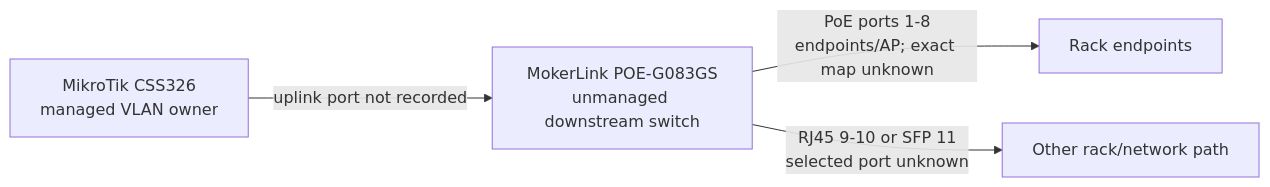
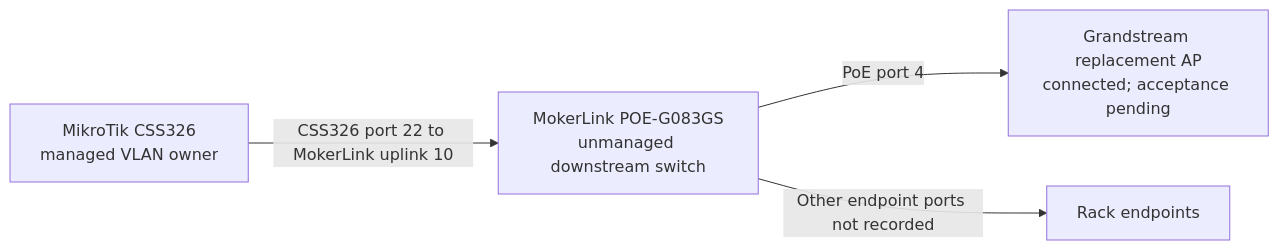
One commit to d0ntblink/owl.red changed the diagram in docs/decisions/023-mokerlink-poe-rack-switch.md. Above: the diagram before and after it, drawn with Mermaid. The commit also changed other lines of this file and 50 other files, not shown here.

````diff
--- a/docs/decisions/023-mokerlink-poe-rack-switch.md
+++ b/docs/decisions/023-mokerlink-poe-rack-switch.md
@@ -68,6 +70,6 @@
 ```mermaid
 flowchart LR
-    Core[MikroTik CSS326\nmanaged VLAN owner] -->|uplink port not recorded| Rack[MokerLink POE-G083GS\nunmanaged downstream switch]
-    Rack -->|PoE ports 1-8\nendpoints/AP; exact map unknown| Endpoints[Rack endpoints]
-    Rack -->|RJ45 9-10 or SFP 11\nselected port unknown| Other[Other rack/network path]
+    Core[MikroTik CSS326\nmanaged VLAN owner] -->|CSS326 port 22 to MokerLink uplink 10| Rack[MokerLink POE-G083GS\nunmanaged downstream switch]
+    Rack -->|PoE port 4| AP[Grandstream replacement AP\nconnected; acceptance pending]
+    Rack -->|Other endpoint ports not recorded| Endpoints[Rack endpoints]
 ```
````
